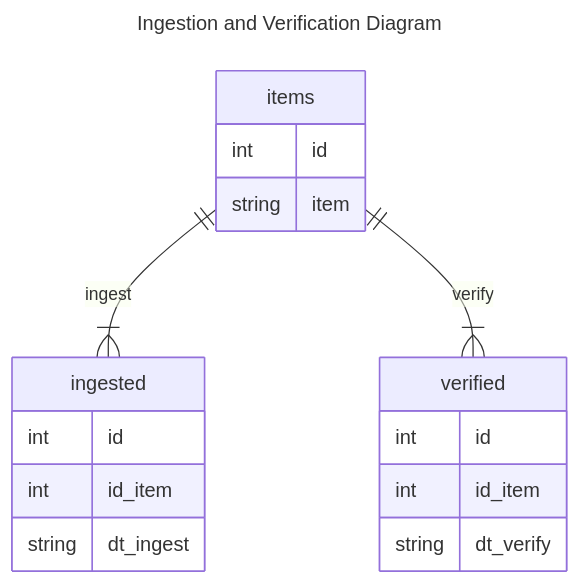
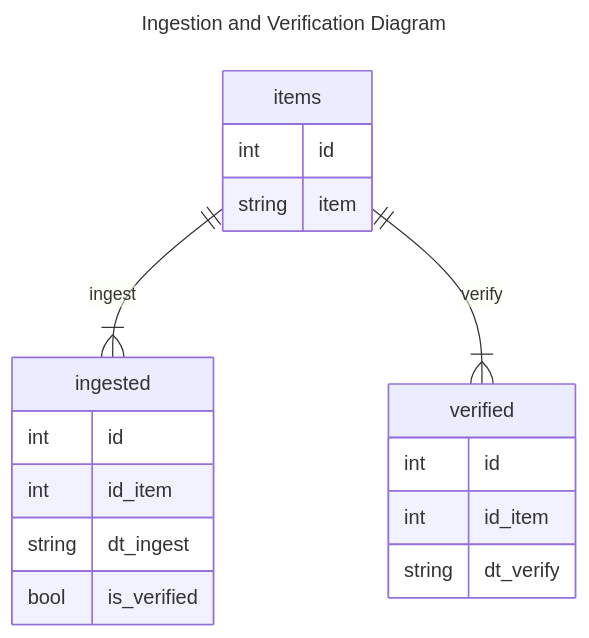
Before and after one commit to kaust-library-systems/r2pdb: the first of 3 diagrams in README.md, drawn with Mermaid. The commit also changed other lines of this file and 2 other files, not shown here.

Commit message:
Adding bool flag if item was verified or not

````diff
--- a/README.md
+++ b/README.md
@@ -7,22 +7,23 @@
 ```mermaid
 --- 
 title: Ingestion and Verification Diagram
 ---
 erDiagram
     items ||--|{ ingested : ingest
     items {
         int id
         string item
     }
     ingested {
         int id
         int id_item
         string dt_ingest
+        bool is_verified
     }
     items ||--|{ verified: verify
     verified {
         int id
         int id_item
         string dt_verify
     }
 ```
````
